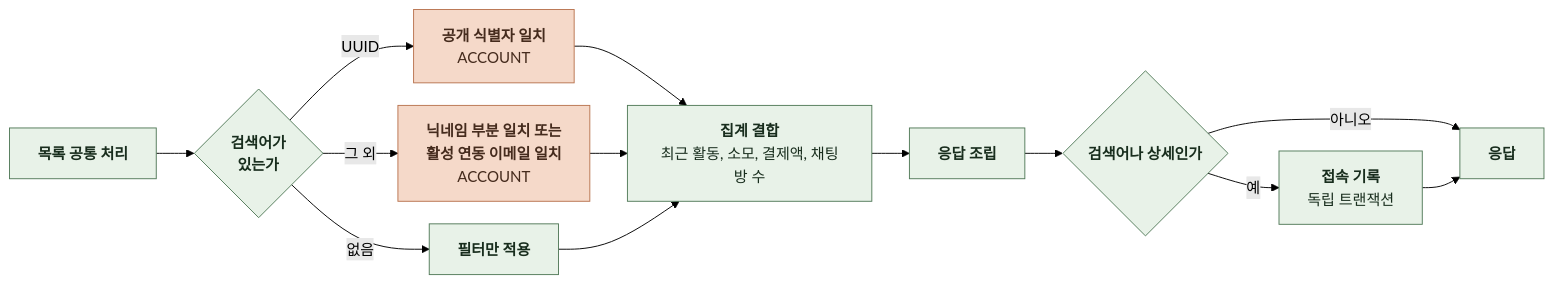
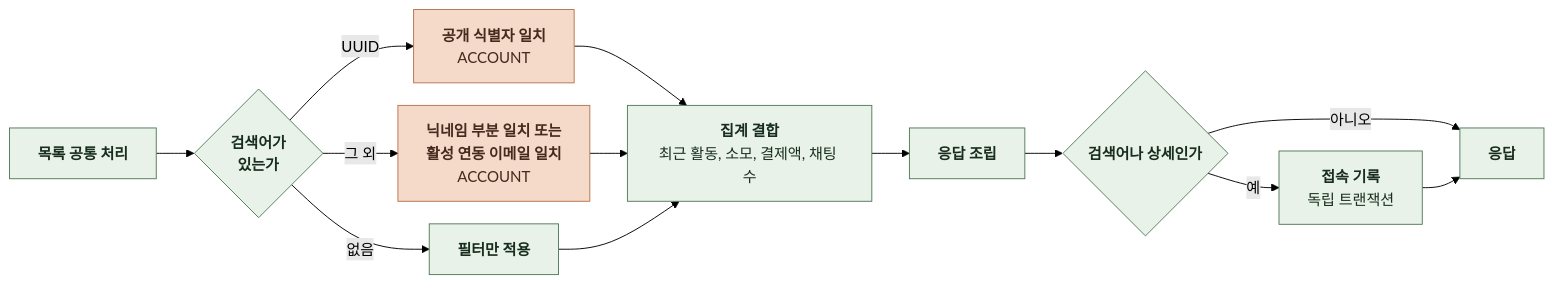
One commit to KIM-N-KANG/knk-harness changed the ninth of 14 diagrams in docs/domain/ADMIN/BACKEND/4-1-PIPELINES.md. Above: the diagram before and after it, drawn with Mermaid (forest theme). The commit also changed other lines of this file and 14 other files, not shown here.

````diff
--- a/docs/domain/ADMIN/BACKEND/4-1-PIPELINES.md
+++ b/docs/domain/ADMIN/BACKEND/4-1-PIPELINES.md
@@ -254,26 +254,26 @@
 ```mermaid
 %%{init: {"flowchart": {"curve": "basis", "nodeSpacing": 24, "rankSpacing": 40}}}%%
 flowchart LR
     A["`**목록 공통 처리**`"] --> B{"`**검색어가
 있는가**`"}
     B -->|UUID| C["`**공개 식별자 일치**
 ACCOUNT`"]
     B -->|그 외| D["`**닉네임 부분 일치 또는
 활성 연동 이메일 일치**
 ACCOUNT`"]
     B -->|없음| E["`**필터만 적용**`"]
     C --> F["`**집계 결합**
-최근 활동, 소모, 결제액, 채팅방 수`"]
+최근 활동, 소모, 결제액, 채팅 수`"]
     D --> F
     E --> F
     F --> G["`**응답 조립**`"]
     G --> H{"`**검색어나 상세인가**`"}
     H -->|예| I["`**접속 기록**
 독립 트랜잭션`"]
     H -->|아니오| J["`**응답**`"]
     I --> J
     classDef comp fill:#E8F2E8,stroke:#527A59,color:#182D1D
     classDef task fill:#F5D9C9,stroke:#B97450,color:#452B1D
     class A,B,E,F,G,H,I,J comp
     class C,D task
 ```
````
